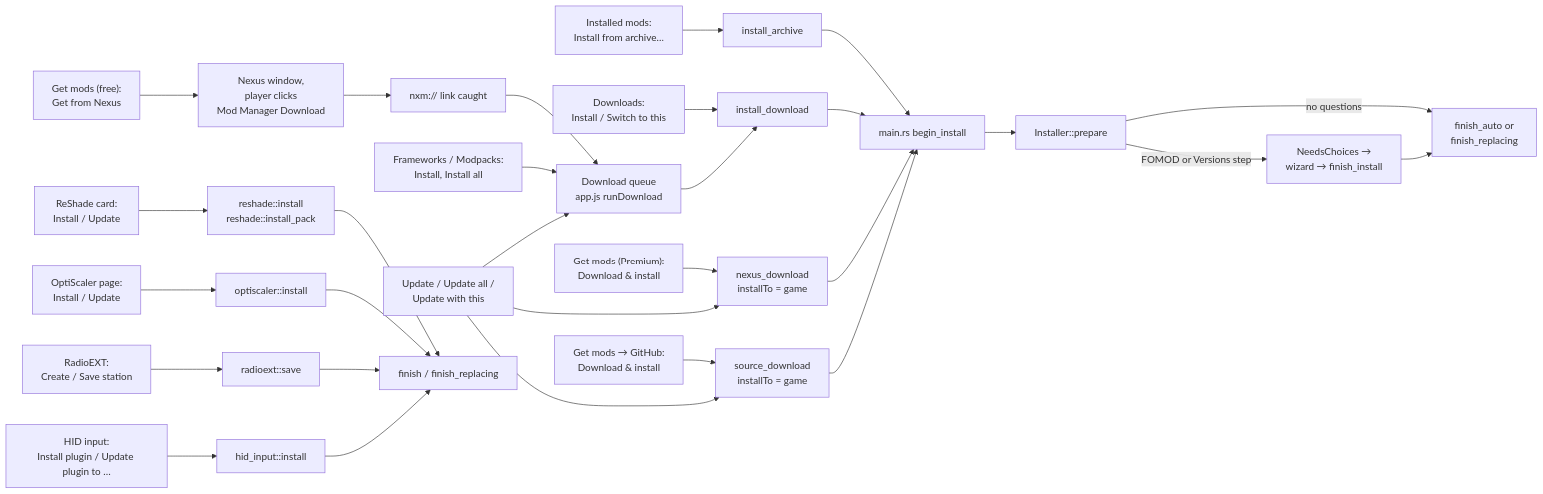
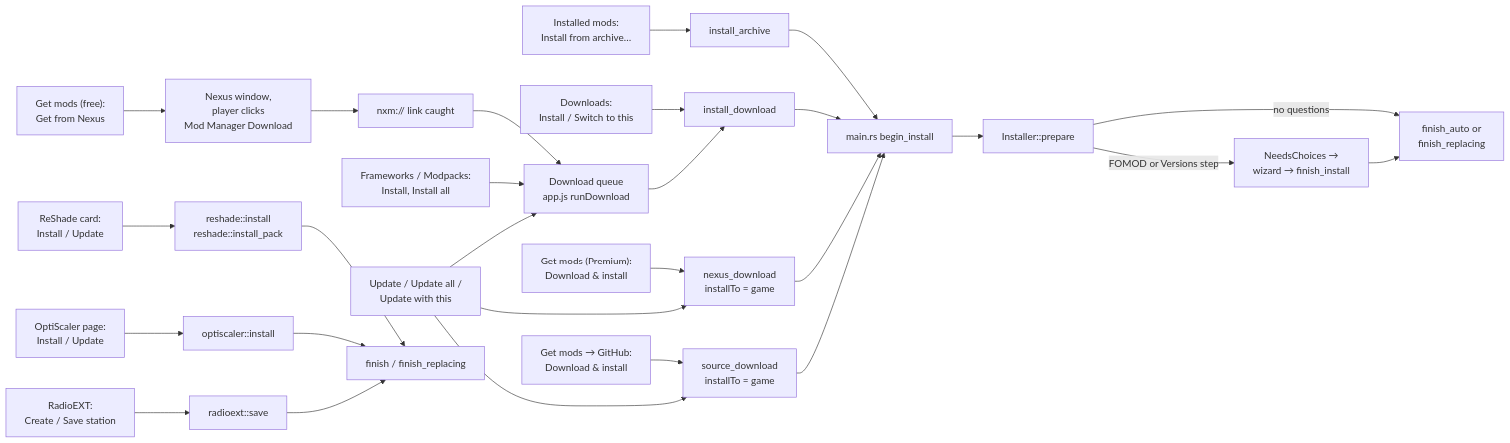
The diagram in docs/architecture/Entry points.md (Higher-dimentionalSemanticsFanatic/LinuxCPMX2077), drawn with Mermaid before and after one commit. The commit also changed other lines of this file and 30 other files, not shown here.

First line of the commit message:
HID Input: standalone game mod only, no CPMX2077 integration

````diff
--- a/docs/architecture/Entry points.md
+++ b/docs/architecture/Entry points.md
@@ -12,19 +12,18 @@
 ```mermaid
 flowchart LR
   file["Installed mods:<br/>Install from archive…"] --> ia[install_archive]
   dl["Downloads:<br/>Install / Switch to this"] --> idl[install_download]
   prem["Get mods (Premium):<br/>Download & install"] --> nd[nexus_download<br/>installTo = game]
   free["Get mods (free):<br/>Get from Nexus"] --> win[Nexus window,<br/>player clicks<br/>Mod Manager Download] --> nxm[nxm:// link caught] --> q
   gh["Get mods → GitHub:<br/>Download & install"] --> sd[source_download<br/>installTo = game]
   fw["Frameworks / Modpacks:<br/>Install, Install all"] --> q[Download queue<br/>app.js runDownload] --> idl
   upd["Update / Update all /<br/>Update with this"] --> nd & sd & q
   ia & idl & nd & sd --> bi[main.rs begin_install]
   bi --> prep[Installer::prepare]
   prep -- FOMOD or Versions step --> pend[NeedsChoices →<br/>wizard → finish_install]
   prep -- no questions --> auto[finish_auto or<br/>finish_replacing]
   pend --> auto
   rsh["ReShade card:<br/>Install / Update"] --> rsi[reshade::install<br/>reshade::install_pack] --> fin[finish / finish_replacing]
   opt["OptiScaler page:<br/>Install / Update"] --> opi[optiscaler::install] --> fin
   rad["RadioEXT:<br/>Create / Save station"] --> rds[radioext::save] --> fin
-  hid["HID input:<br/>Install plugin / Update plugin to …"] --> hdi[hid_input::install] --> fin
 ```
````
